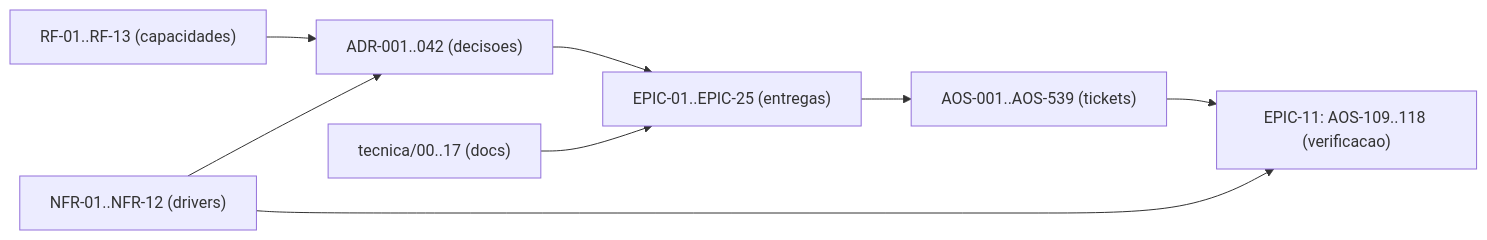
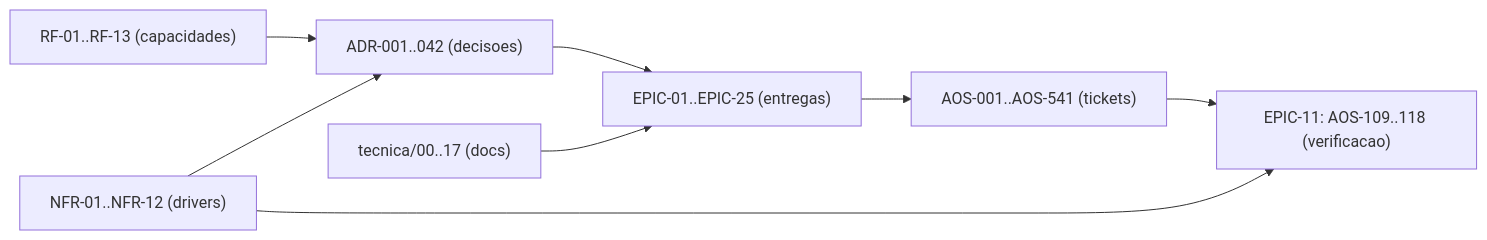
Before and after one commit to albinoJimy/aos: the diagram in tecnica/16_Rastreabilidade_RTM.md, drawn with Mermaid. The commit also changed other lines of this file and 2 other files, not shown here.

Commit message:
docs(AOS-540): ticket, emenda ao ADR-034 (pedir antes de ler) e ticket do passo 3 (AOS-541)

````diff
--- a/tecnica/16_Rastreabilidade_RTM.md
+++ b/tecnica/16_Rastreabilidade_RTM.md
@@ -211,10 +211,10 @@
 ```mermaid
 flowchart LR
     RF["RF-01..RF-13 (capacidades)"] --> ADR["ADR-001..042 (decisoes)"]
     NFR["NFR-01..NFR-12 (drivers)"] --> ADR
     ADR --> EPIC["EPIC-01..EPIC-25 (entregas)"]
-    EPIC --> TICK["AOS-001..AOS-539 (tickets)"]
+    EPIC --> TICK["AOS-001..AOS-541 (tickets)"]
     DOC["tecnica/00..17 (docs)"] --> EPIC
     TICK --> TEST["EPIC-11: AOS-109..118 (verificacao)"]
     NFR --> TEST
 ```
````
